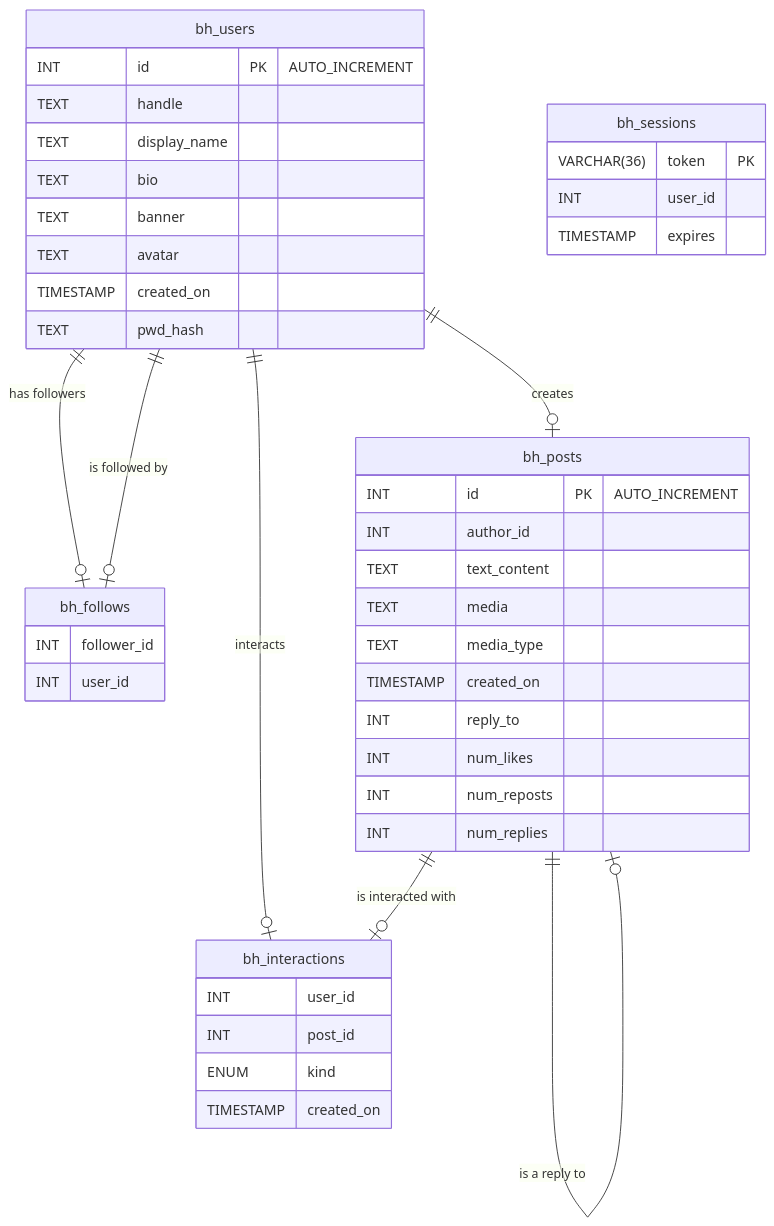
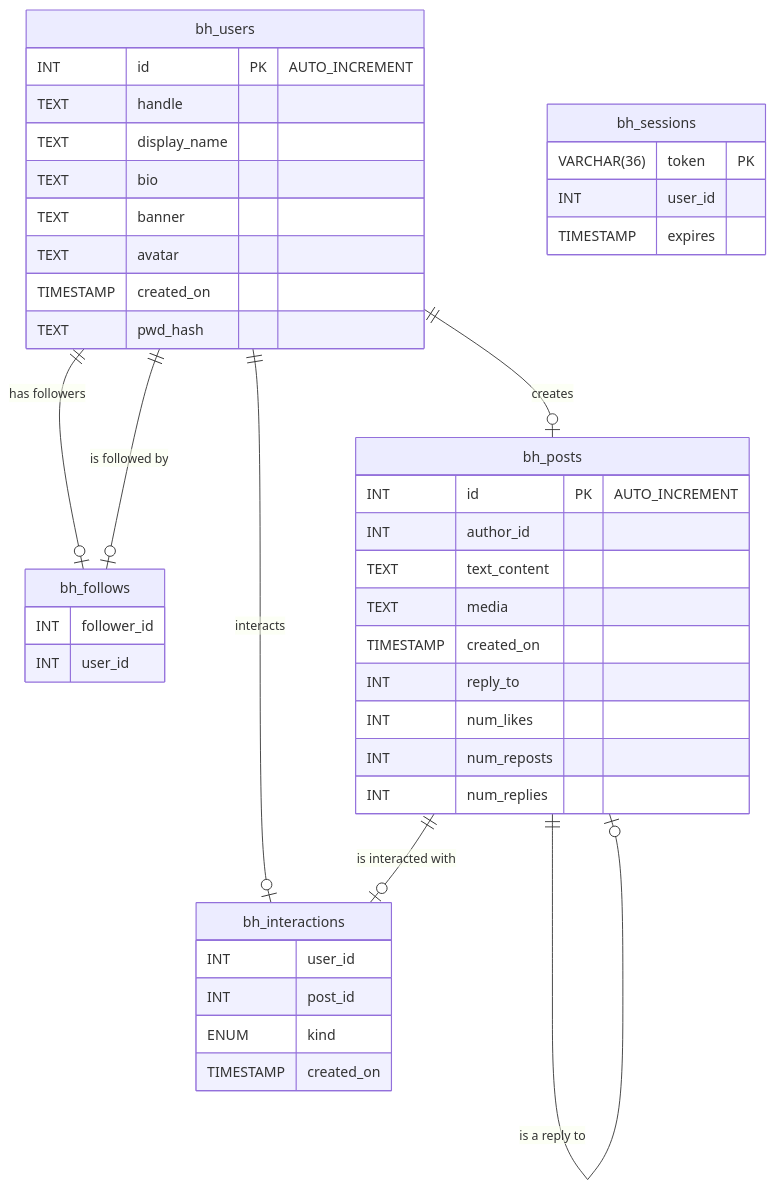
Before and after one commit to ascpixi/birdhouse: the diagram in docs/database.md, drawn with Mermaid. The commit also changed 2 other files, not shown here.

Commit message:
fix: remove unacknowledged column "media_type" from bh_posts
This column was unused and its existence was not acknowledged by the backend causing crashes

````diff
--- a/docs/database.md
+++ b/docs/database.md
@@ -4,51 +4,50 @@
 ```mermaid
 erDiagram
     bh_users {
         INT id PK "AUTO_INCREMENT"
         TEXT handle
         TEXT display_name
         TEXT bio
         TEXT banner
         TEXT avatar
         TIMESTAMP created_on
         TEXT pwd_hash
     }
     
     bh_follows {
         INT follower_id
         INT user_id
     }
     
     bh_posts {
         INT id PK "AUTO_INCREMENT"
         INT author_id
         TEXT text_content
         TEXT media
-        TEXT media_type
         TIMESTAMP created_on
         INT reply_to
         INT num_likes
         INT num_reposts
         INT num_replies
     }
     
     bh_interactions {
         INT user_id
         INT post_id
         ENUM kind
         TIMESTAMP created_on
     }
     
     bh_sessions {
         VARCHAR(36) token PK
         INT user_id
         TIMESTAMP expires
     }
 
     bh_users ||--o| bh_follows : "has followers"
     bh_users ||--o| bh_follows : "is followed by"
     bh_users ||--o| bh_posts : "creates"
     bh_users ||--o| bh_interactions : "interacts"
     bh_posts ||--o| bh_interactions : "is interacted with"
     bh_posts ||--o| bh_posts : "is a reply to"
 ```
````
